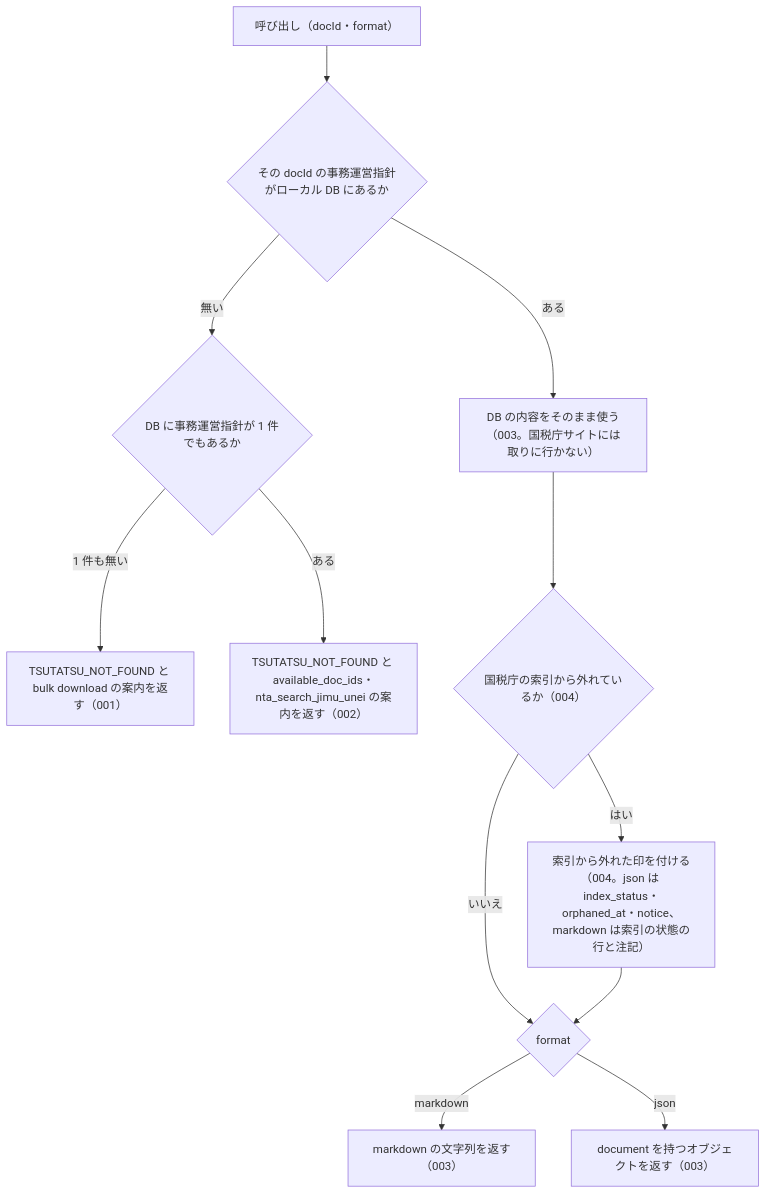
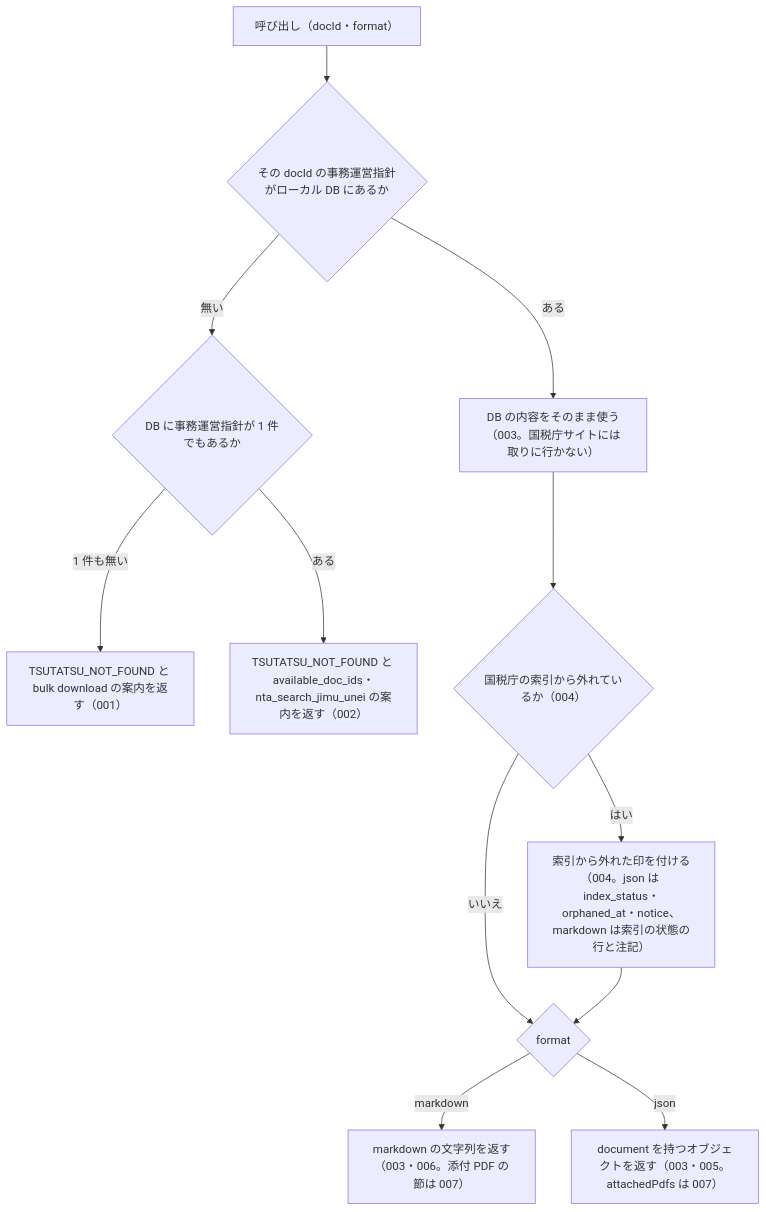
Before and after one commit to shuji-bonji/houki-nta-mcp: the diagram in specs/current/nta_get_jimu_unei/spec.md, drawn with Mermaid. The commit also changed other lines of this file and 45 other files, not shown here.

````diff
--- a/specs/current/nta_get_jimu_unei/spec.md
+++ b/specs/current/nta_get_jimu_unei/spec.md
@@ -28,14 +28,14 @@
 ```mermaid
 flowchart TD
   A["呼び出し（docId・format）"] --> B{"その docId の事務運営指針がローカル DB にあるか"}
   B -- 無い --> D{"DB に事務運営指針が 1 件でもあるか"}
   D -- 1 件も無い --> E1["TSUTATSU_NOT_FOUND と bulk download の案内を返す（001）"]
   D -- ある --> E2["TSUTATSU_NOT_FOUND と available_doc_ids・nta_search_jimu_unei の案内を返す（002）"]
   B -- ある --> C["DB の内容をそのまま使う（003。国税庁サイトには取りに行かない）"]
   C --> F{"国税庁の索引から外れているか（004）"}
   F -- はい --> G["索引から外れた印を付ける（004。json は index_status・orphaned_at・notice、markdown は索引の状態の行と注記）"]
   F -- いいえ --> H{"format"}
   G --> H
-  H -- markdown --> I["markdown の文字列を返す（003）"]
-  H -- json --> J["document を持つオブジェクトを返す（003）"]
+  H -- markdown --> I["markdown の文字列を返す（003・006。添付 PDF の節は 007）"]
+  H -- json --> J["document を持つオブジェクトを返す（003・005。attachedPdfs は 007）"]
 ```
````
